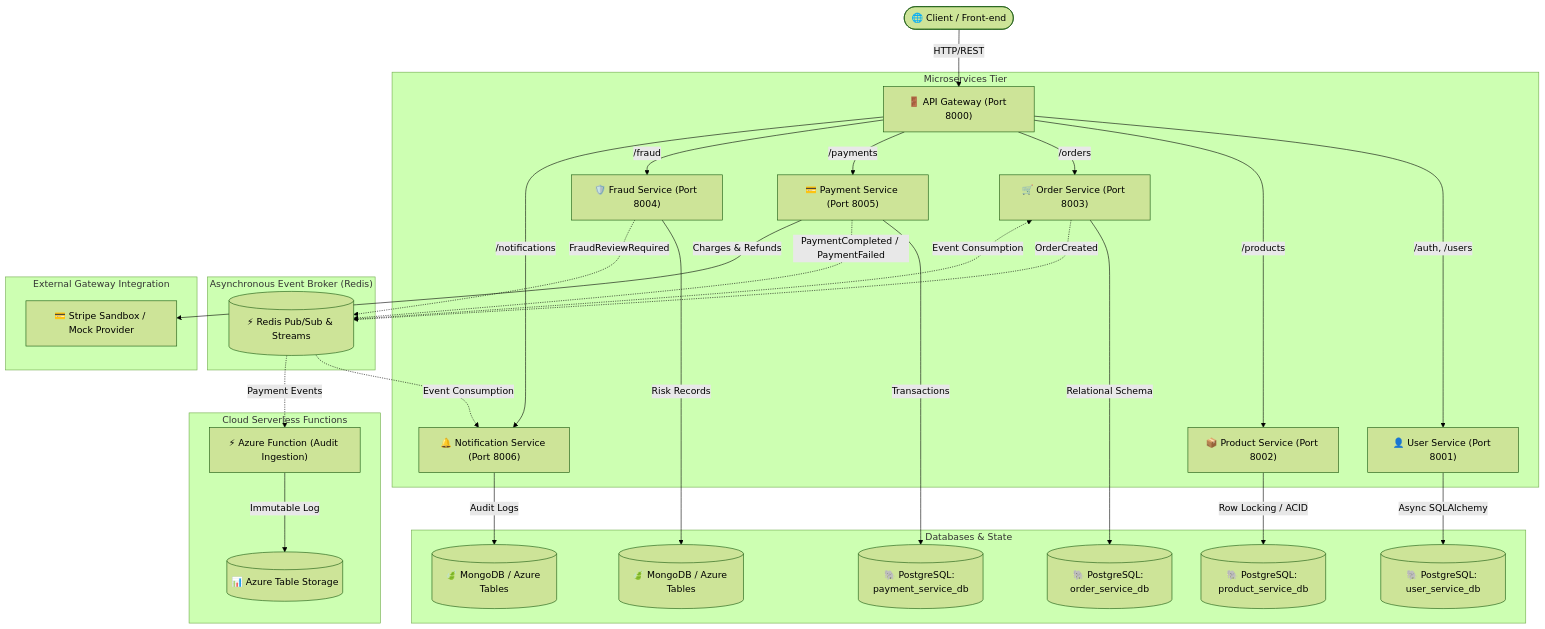
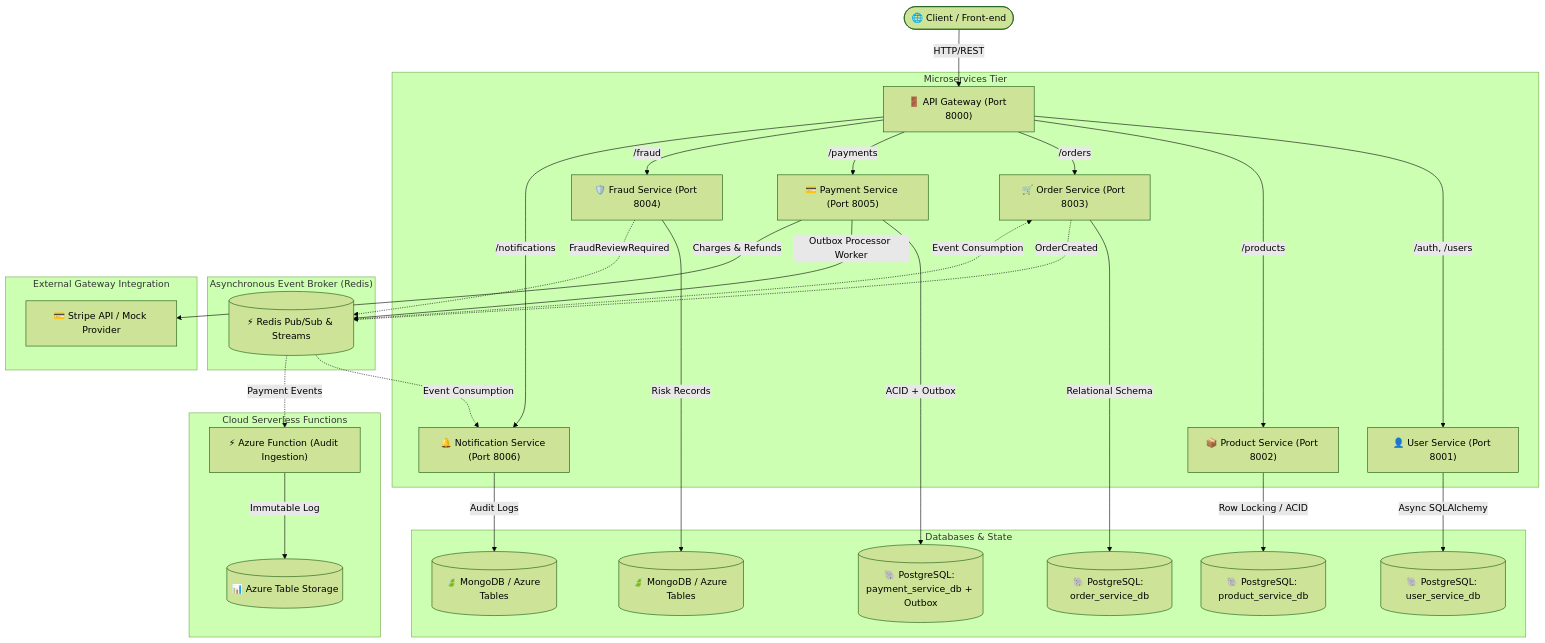
One commit to jamoloto-dev/intelligent-payment changed the diagram in docs/architecture.md. Above: the diagram before and after it, drawn with Mermaid (forest theme). The commit also changed other lines of this file and 71 other files, not shown here.

````diff
--- a/docs/architecture.md
+++ b/docs/architecture.md
@@ -13,39 +13,39 @@
 ```mermaid
 flowchart TD
     Client(["🌐 Client / Front-end"]) -->|HTTP/REST| Gateway["🚪 API Gateway (Port 8000)"]
 
     subgraph Core_Services ["Microservices Tier"]
         Gateway -->|/auth, /users| UserSvc["👤 User Service (Port 8001)"]
         Gateway -->|/products| ProdSvc["📦 Product Service (Port 8002)"]
         Gateway -->|/orders| OrderSvc["🛒 Order Service (Port 8003)"]
         Gateway -->|/payments| PaySvc["💳 Payment Service (Port 8005)"]
         Gateway -->|/fraud| FraudSvc["🛡️ Fraud Service (Port 8004)"]
         Gateway -->|/notifications| NotifSvc["🔔 Notification Service (Port 8006)"]
     end
 
     subgraph Data_Tier ["Databases & State"]
         UserSvc -->|Async SQLAlchemy| UserDB[("🐘 PostgreSQL: user_service_db")]
         ProdSvc -->|Row Locking / ACID| ProdDB[("🐘 PostgreSQL: product_service_db")]
         OrderSvc -->|Relational Schema| OrderDB[("🐘 PostgreSQL: order_service_db")]
-        PaySvc -->|Transactions| PayDB[("🐘 PostgreSQL: payment_service_db")]
+        PaySvc -->|ACID + Outbox| PayDB[("🐘 PostgreSQL: payment_service_db + Outbox")]
         FraudSvc -->|Risk Records| MongoFraud[("🍃 MongoDB / Azure Tables")]
         NotifSvc -->|Audit Logs| MongoNotif[("🍃 MongoDB / Azure Tables")]
     end
 
     subgraph Event_Bus ["Asynchronous Event Broker (Redis)"]
-        OrderSvc -.->|OrderCreated| RedisBus[("⚡ Redis Pub/Sub & Streams")]
-        PaySvc -.->|PaymentCompleted / PaymentFailed| RedisBus
+        PaySvc -->|Outbox Processor Worker| RedisBus[("⚡ Redis Pub/Sub & Streams")]
+        OrderSvc -.->|OrderCreated| RedisBus
         FraudSvc -.->|FraudReviewRequired| RedisBus
         RedisBus -.->|Event Consumption| OrderSvc
         RedisBus -.->|Event Consumption| NotifSvc
     end
 
     subgraph Payment_Gateway ["External Gateway Integration"]
-        PaySvc -->|Charges & Refunds| StripeAPI["💳 Stripe Sandbox / Mock Provider"]
+        PaySvc -->|Charges & Refunds| StripeAPI["💳 Stripe API / Mock Provider"]
     end
 
     subgraph Serverless_Tier ["Cloud Serverless Functions"]
         RedisBus -.->|Payment Events| AzureFunc["⚡ Azure Function (Audit Ingestion)"]
         AzureFunc -->|Immutable Log| AzureTables[("📊 Azure Table Storage")]
     end
 ```
````
